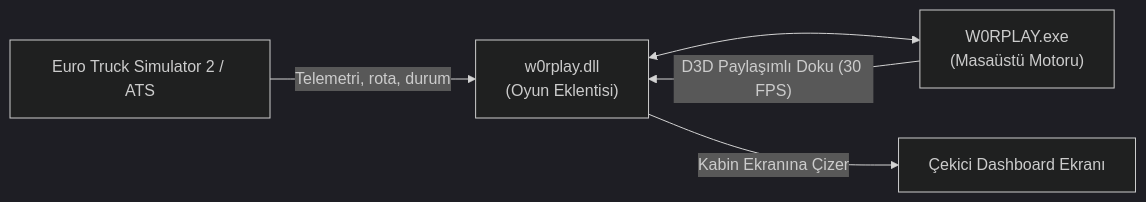
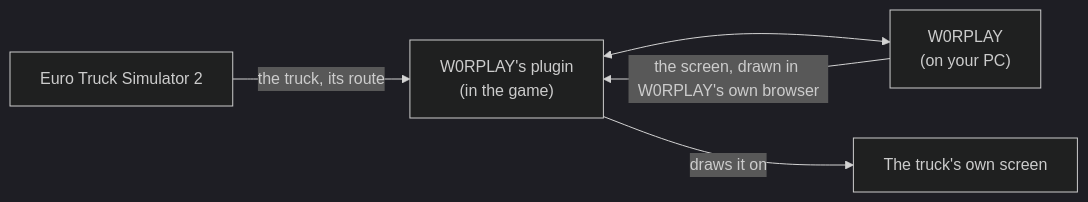
Before and after one commit to w0rpsi/w0rplay: the diagram in README.md, drawn with Mermaid (dark theme). The commit also changed other lines of this file and 137 other files, not shown here.

````diff
--- a/README.md
+++ b/README.md
@@ -82,7 +86,7 @@
 ```mermaid
 flowchart LR
-  game["Euro Truck Simulator 2 / ATS"] -- "Telemetri, rota, durum" --> plugin["w0rplay.dll<br/>(Oyun Eklentisi)"]
-  plugin <--> app["W0RPLAY.exe<br/>(Masaüstü Motoru)"]
-  app -- "D3D Paylaşımlı Doku (30 FPS)" --> plugin
-  plugin -- "Kabin Ekranına Çizer" --> screen["Çekici Dashboard Ekranı"]
+  game["Euro Truck Simulator 2"] -- "the truck, its route" --> plugin["W0RPLAY's plugin<br/>(in the game)"]
+  plugin <--> app["W0RPLAY<br/>(on your PC)"]
+  app -- "the screen, drawn in W0RPLAY's own browser" --> plugin
+  plugin -- "draws it on" --> screen["The truck's own screen"]
 ```
````
